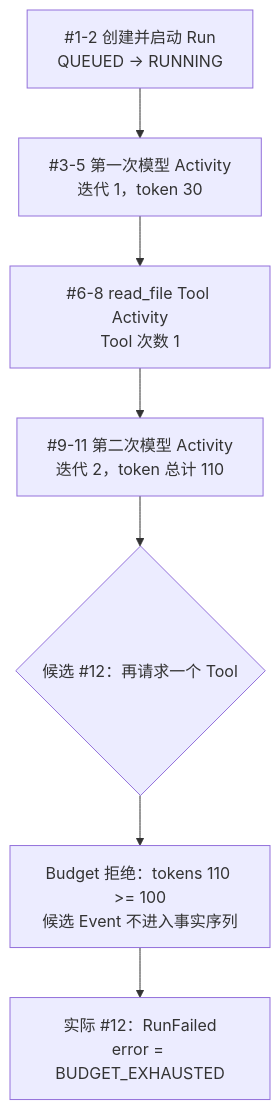
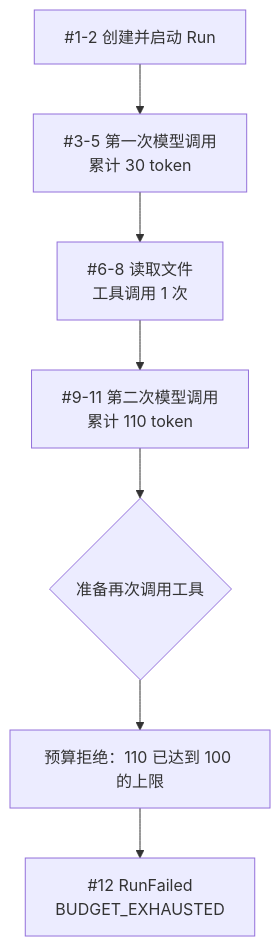
Before and after one commit to CherryYang05/BearAgent: the diagram in site/src/content/docs/zh-cn/learn/run-event-reducer-walkthrough.md, drawn with Mermaid. The commit also changed other lines of this file and 51 other files, not shown here.

````diff
--- a/site/src/content/docs/zh-cn/learn/run-event-reducer-walkthrough.md
+++ b/site/src/content/docs/zh-cn/learn/run-event-reducer-walkthrough.md
@@ -72,13 +27,9 @@
 ```mermaid
-flowchart TD
-    A["#1-2 创建并启动 Run<br/>QUEUED -> RUNNING"]
-    B["#3-5 第一次模型 Activity<br/>迭代 1，token 30"]
-    C["#6-8 read_file Tool Activity<br/>Tool 次数 1"]
-    D["#9-11 第二次模型 Activity<br/>迭代 2，token 总计 110"]
-    E{"候选 #12：再请求一个 Tool"}
-    F["Budget 拒绝：tokens 110 >= 100<br/>候选 Event 不进入事实序列"]
-    G["实际 #12：RunFailed<br/>error = BUDGET_EXHAUSTED"]
-
-    A --> B --> C --> D --> E
-    E --> F --> G
+flowchart TB
+    A["#1-2 创建并启动 Run"] --> B["#3-5 第一次模型调用<br/>累计 30 token"]
+    B --> C["#6-8 读取文件<br/>工具调用 1 次"]
+    C --> D["#9-11 第二次模型调用<br/>累计 110 token"]
+    D --> E{"准备再次调用工具"}
+    E --> F["预算拒绝：110 已达到 100 的上限"]
+    F --> G["#12 RunFailed<br/>BUDGET_EXHAUSTED"]
 ```
````
